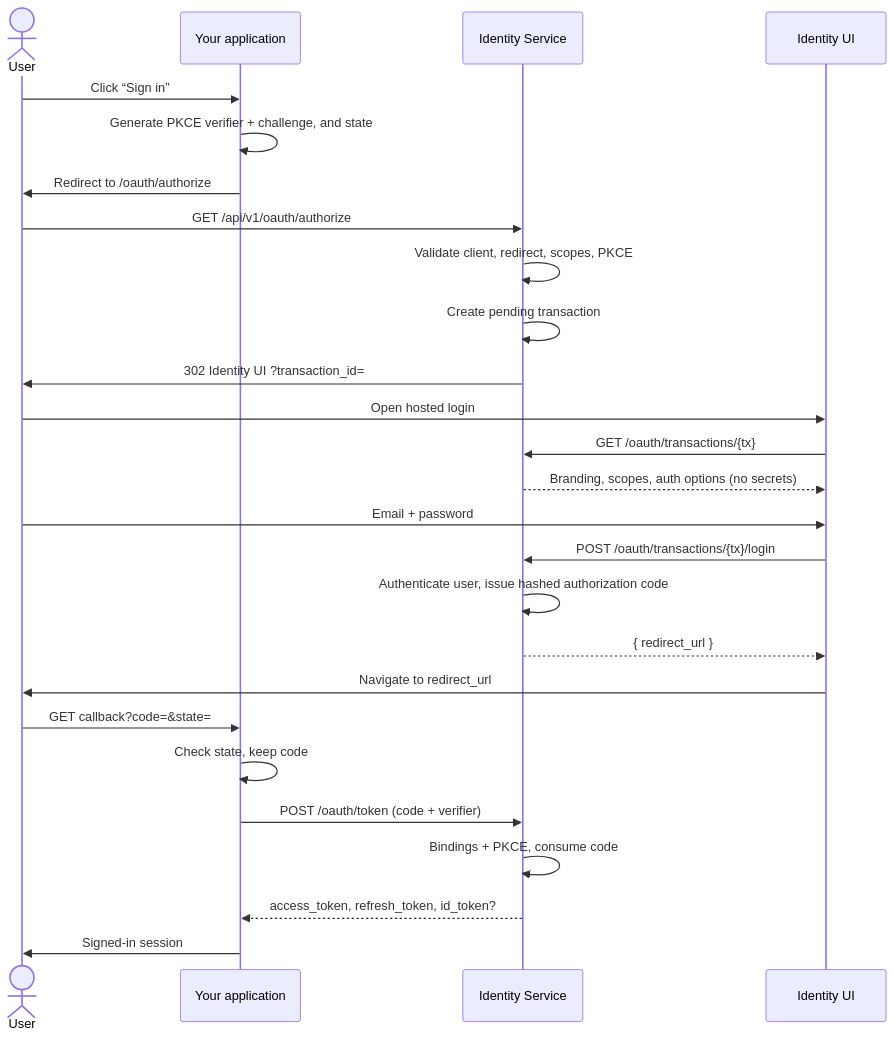
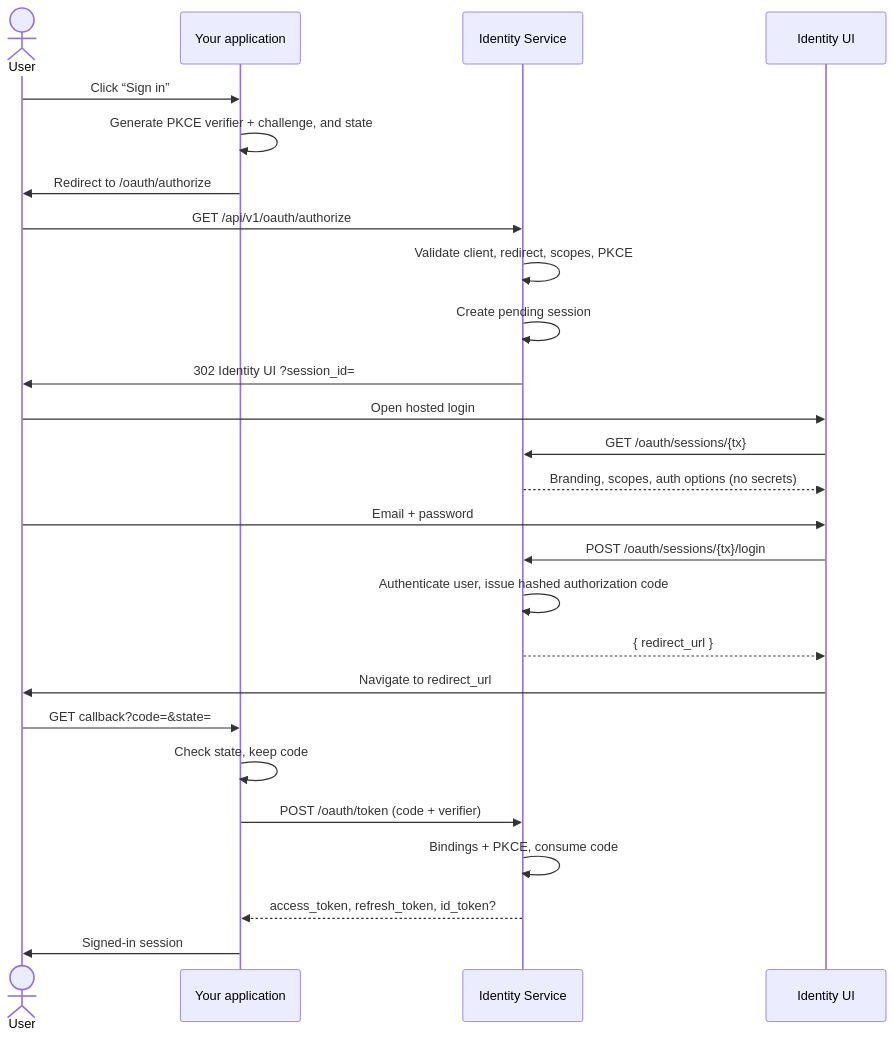
Before and after one commit to Bobbyjsx/identity-service: the diagram in docs/oauth-lifecycle.md, drawn with Mermaid. The commit also changed other lines of this file and 28 other files, not shown here.

Commit message:
feat: align docs with new session architecture and add logo_with_text to application branding

````diff
--- a/docs/oauth-lifecycle.md
+++ b/docs/oauth-lifecycle.md
@@ -29,29 +29,29 @@
 ```mermaid
 sequenceDiagram
     actor User
     participant App as Your application
     participant IdS as Identity Service
     participant UI as Identity UI
 
     User->>App: Click “Sign in”
     App->>App: Generate PKCE verifier + challenge, and state
     App->>User: Redirect to /oauth/authorize
     User->>IdS: GET /api/v1/oauth/authorize
     IdS->>IdS: Validate client, redirect, scopes, PKCE
-    IdS->>IdS: Create pending transaction
-    IdS->>User: 302 Identity UI ?transaction_id=
+    IdS->>IdS: Create pending session
+    IdS->>User: 302 Identity UI ?session_id=
     User->>UI: Open hosted login
-    UI->>IdS: GET /oauth/transactions/{tx}
+    UI->>IdS: GET /oauth/sessions/{tx}
     IdS-->>UI: Branding, scopes, auth options (no secrets)
     User->>UI: Email + password
-    UI->>IdS: POST /oauth/transactions/{tx}/login
+    UI->>IdS: POST /oauth/sessions/{tx}/login
     IdS->>IdS: Authenticate user, issue hashed authorization code
     IdS-->>UI: { redirect_url }
     UI->>User: Navigate to redirect_url
     User->>App: GET callback?code=&state=
     App->>App: Check state, keep code
     App->>IdS: POST /oauth/token (code + verifier)
     IdS->>IdS: Bindings + PKCE, consume code
     IdS-->>App: access_token, refresh_token, id_token?
     App->>User: Signed-in session
 ```
````
